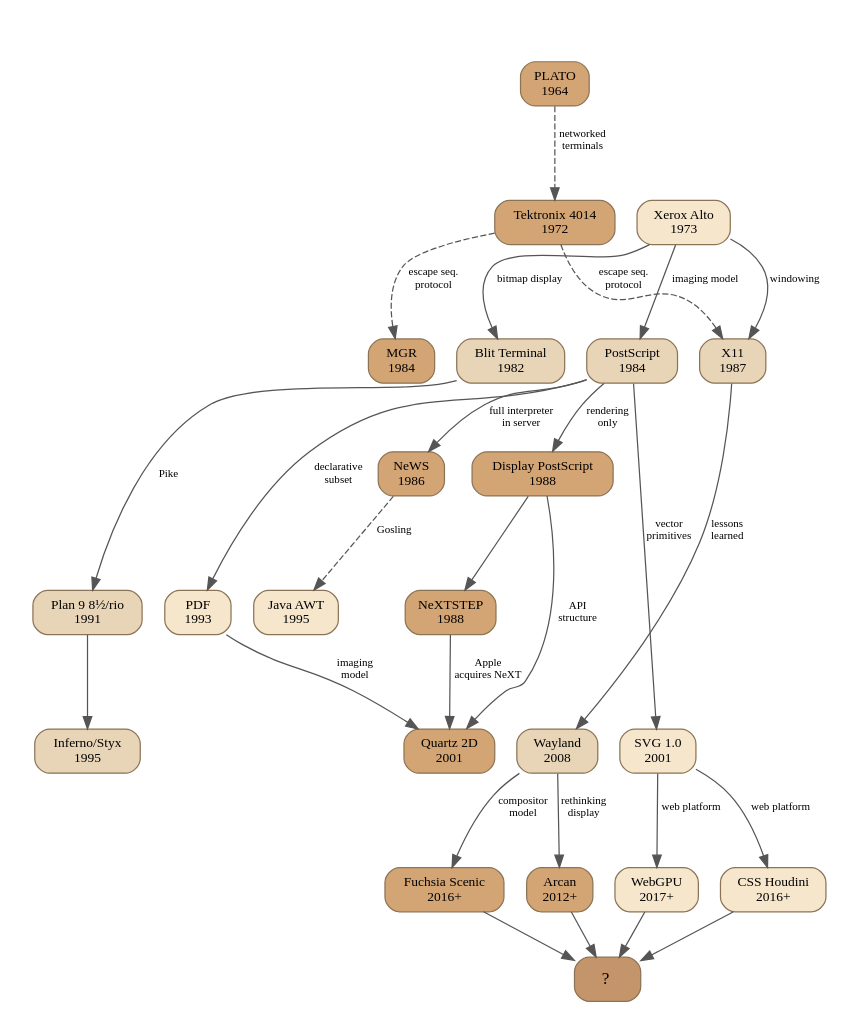
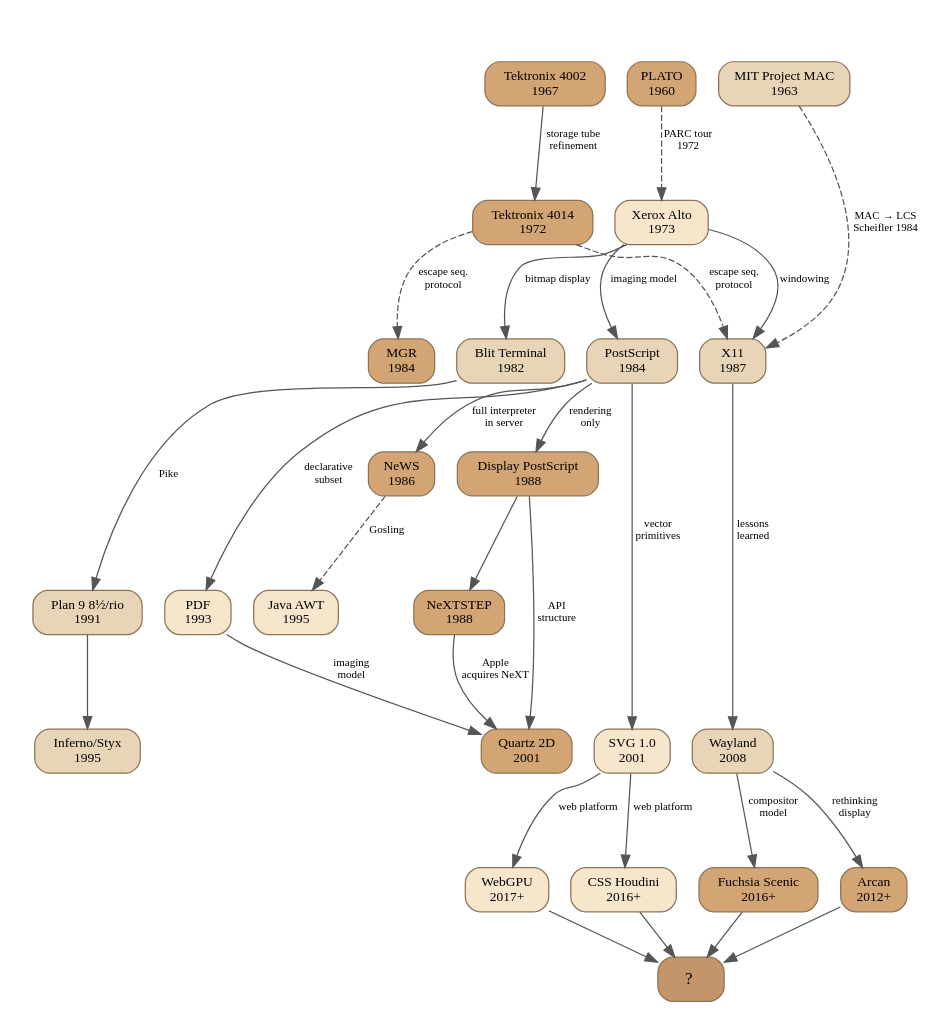
Before and after one commit to OrangeTide/the-mechanical-researcher: the diagram in programmable-display-protocols/lineage.dot, drawn with Graphviz. The commit also changed 9 other files, not shown here.

```diff
--- a/programmable-display-protocols/lineage.dot
+++ b/programmable-display-protocols/lineage.dot
@@ -1,83 +1,105 @@
 digraph lineage {
     rankdir=TB;
     node [shape=box, style="rounded,filled", fontname="IBM Plex Sans", fontsize=11, margin="0.15,0.08"];
     edge [fontname="IBM Plex Sans", fontsize=9, color="#555555"];
 
     // Color scheme: warm palette
     node [fillcolor="#FFF8E7", color="#8B7355"];
 
     // Era labels
     subgraph cluster_60s {
         label="1960s"; labeljust=l; style=invis;
-        plato [label="PLATO\n1964", fillcolor="#D4A574"];
+        plato [label="PLATO\n1960", fillcolor="#D4A574"];
+        mac [label="MIT Project MAC\n1963", fillcolor="#E8D5B7"];
+        tek4002 [label="Tektronix 4002\n1967", fillcolor="#D4A574"];
     }
 
     subgraph cluster_70s {
         label="1970s"; labeljust=l; style=invis;
         tek4014 [label="Tektronix 4014\n1972", fillcolor="#D4A574"];
         xerox [label="Xerox Alto\n1973", fillcolor="#F5E6CC"];
     }
 
     subgraph cluster_80s {
         label="1980s"; labeljust=l; style=invis;
         ps [label="PostScript\n1984", fillcolor="#E8D5B7"];
         blit [label="Blit Terminal\n1982", fillcolor="#E8D5B7"];
         mgr [label="MGR\n1984", fillcolor="#D4A574"];
         x11 [label="X11\n1987", fillcolor="#E8D5B7"];
         news [label="NeWS\n1986", fillcolor="#D4A574"];
         dps [label="Display PostScript\n1988", fillcolor="#D4A574"];
         nextstep [label="NeXTSTEP\n1988", fillcolor="#D4A574"];
     }
 
     subgraph cluster_90s {
         label="1990s"; labeljust=l; style=invis;
         plan9 [label="Plan 9 8½/rio\n1991", fillcolor="#E8D5B7"];
         pdf [label="PDF\n1993", fillcolor="#F5E6CC"];
         inferno [label="Inferno/Styx\n1995", fillcolor="#E8D5B7"];
         java [label="Java AWT\n1995", fillcolor="#F5E6CC"];
     }
 
     subgraph cluster_00s {
         label="2000s"; labeljust=l; style=invis;
         quartz [label="Quartz 2D\n2001", fillcolor="#D4A574"];
         svg [label="SVG 1.0\n2001", fillcolor="#F5E6CC"];
         wayland [label="Wayland\n2008", fillcolor="#E8D5B7"];
     }
 
     subgraph cluster_10s {
         label="2010s–present"; labeljust=l; style=invis;
         webgpu [label="WebGPU\n2017+", fillcolor="#F5E6CC"];
         houdini [label="CSS Houdini\n2016+", fillcolor="#F5E6CC"];
         scenic [label="Fuchsia Scenic\n2016+", fillcolor="#D4A574"];
         arcan [label="Arcan\n2012+", fillcolor="#D4A574"];
         future [label="  ?  ", fillcolor="#C4956A", fontsize=14, fontname="IBM Plex Sans Bold"];
     }
 
-    // Edges
-    plato -> tek4014 [label="networked\nterminals", style=dashed];
+    // Edges — PLATO lineage (independent of Tektronix)
+    plato -> xerox [label="PARC tour\n1972", style=dashed];
+
+    // Tektronix lineage — from storage oscilloscopes
+    tek4002 -> tek4014 [label="storage tube\nrefinement"];
     tek4014 -> x11 [label="escape seq.\nprotocol", style=dashed];
+    tek4014 -> mgr [label="escape seq.\nprotocol", style=dashed];
+
+    // Project MAC lineage
+    mac -> x11 [label="MAC → LCS\nScheifler 1984", style=dashed];
+
+    // Xerox lineage
     xerox -> ps [label="imaging model"];
     xerox -> blit [label="bitmap display"];
     xerox -> x11 [label="windowing"];
-    tek4014 -> mgr [label="escape seq.\nprotocol", style=dashed];
+
+    // PostScript lineage
     ps -> news [label="full interpreter\nin server"];
     ps -> dps [label="rendering\nonly"];
     ps -> pdf [label="declarative\nsubset"];
+    ps -> svg [label="vector\nprimitives"];
+
+    // NeWS / DPS
     dps -> nextstep;
     news -> java [label="Gosling", style=dashed];
+
+    // Bell Labs
     blit -> plan9 [label="Pike"];
     plan9 -> inferno;
+
+    // X11 successor
     x11 -> wayland [label="lessons\nlearned"];
+
+    // Apple / NeXT
     nextstep -> quartz [label="Apple\nacquires NeXT"];
     pdf -> quartz [label="imaging\nmodel"];
     dps -> quartz [label="API\nstructure"];
-    ps -> svg [label="vector\nprimitives"];
+
+    // Web / modern
     svg -> houdini [label="web platform"];
     svg -> webgpu [label="web platform"];
     wayland -> scenic [label="compositor\nmodel"];
     wayland -> arcan [label="rethinking\ndisplay"];
     scenic -> future;
     arcan -> future;
     houdini -> future;
     webgpu -> future;
 }
```
